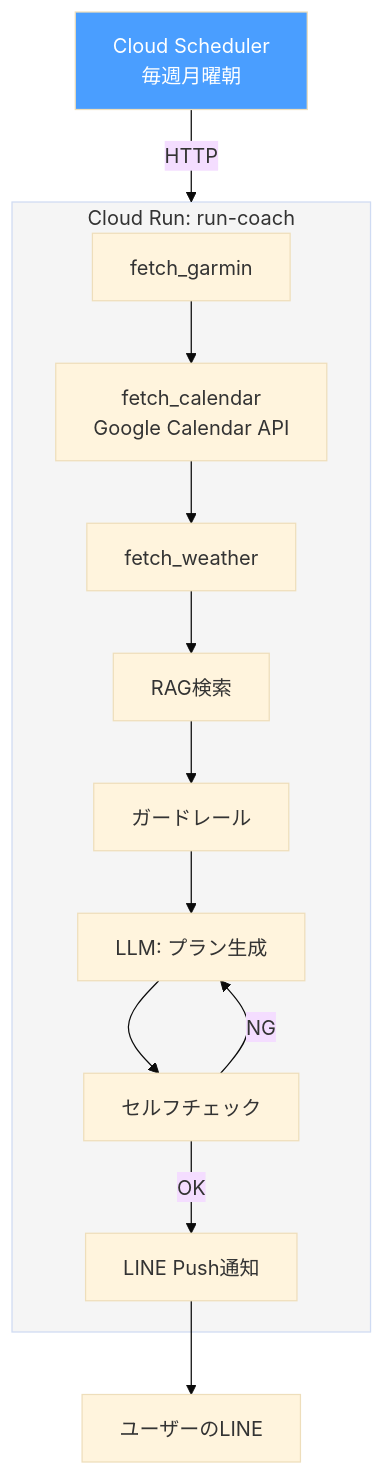
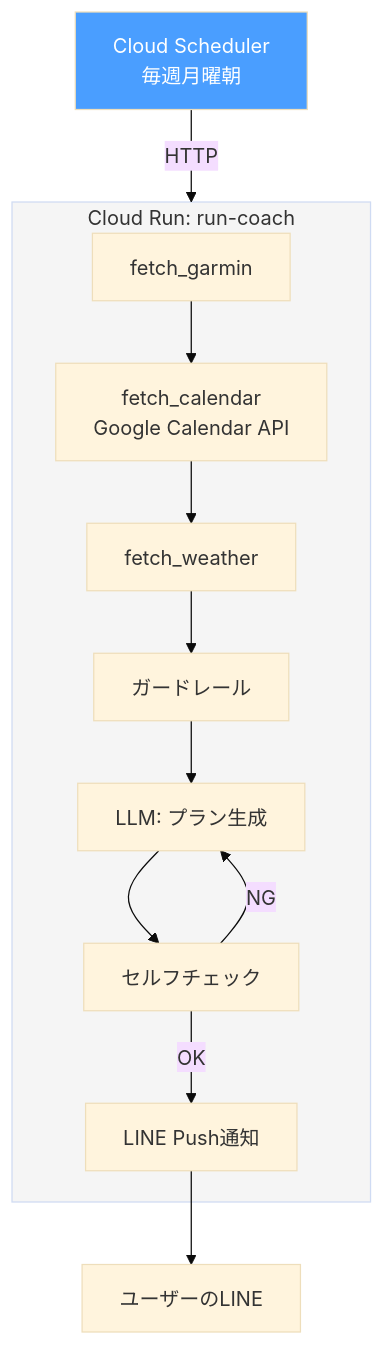
Before and after one commit to fuzztarou/run-coach: the diagram in docs/phase5-cloud-run.md, drawn with Mermaid (base theme). The commit also changed other lines of this file and 1 other file, not shown here.

````diff
--- a/docs/phase5-cloud-run.md
+++ b/docs/phase5-cloud-run.md
@@ -13,20 +13,19 @@
 ```mermaid
 flowchart TB
     CS[Cloud Scheduler<br>毎週月曜朝] -->|HTTP| CR
 
     subgraph CR[Cloud Run: run-coach]
         FG[fetch_garmin] --> FC[fetch_calendar<br>Google Calendar API]
         FC --> FW[fetch_weather]
-        FW --> RET[RAG検索]
-        RET --> GR[ガードレール]
+        FW --> GR[ガードレール]
         GR --> GEN[LLM: プラン生成]
         GEN --> CHK[セルフチェック]
         CHK -->|OK| PUSH[LINE Push通知]
         CHK -->|NG| GEN
     end
 
     PUSH --> U[ユーザーのLINE]
 
     style CS fill:#4a9eff,color:#fff
     style CR fill:#f5f5f5,color:#333
 ```
````
